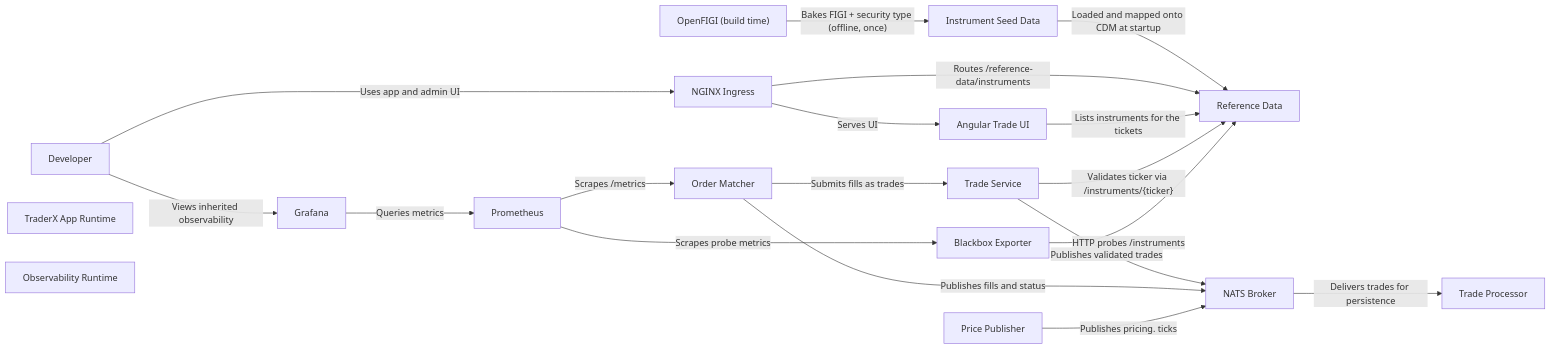
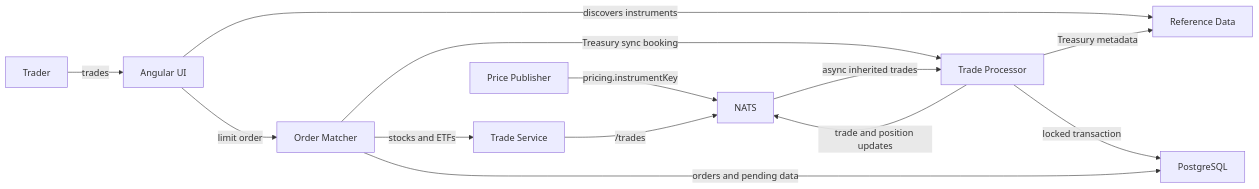
The diagram in docs/learning/software-architecture.md (jduitz/traderX), drawn with Mermaid before and after one commit. The commit also changed other lines of this file and 125 other files, not shown here.

````diff
--- a/docs/learning/software-architecture.md
+++ b/docs/learning/software-architecture.md
@@ -33,36 +33,24 @@
 ```mermaid
 flowchart LR
-  developer["Developer"]
-  openfigi["OpenFIGI (build time)"]
-  app_runtime["TraderX App Runtime"]
-  obs_runtime["Observability Runtime"]
-  ingress["NGINX Ingress"]
-  trade_ui["Angular Trade UI"]
-  reference_data["Reference Data"]
-  instrument_seed["Instrument Seed Data"]
-  trade_service["Trade Service"]
-  order_matcher["Order Matcher"]
-  price_publisher["Price Publisher"]
-  nats["NATS Broker"]
-  trade_processor["Trade Processor"]
-  prometheus["Prometheus"]
-  blackbox["Blackbox Exporter"]
-  grafana["Grafana"]
-  openfigi -->|"Bakes FIGI + security type (offline, once)"| instrument_seed
-  instrument_seed -->|"Loaded and mapped onto CDM at startup"| reference_data
-  developer -->|"Uses app and admin UI"| ingress
-  ingress -->|"Serves UI"| trade_ui
-  ingress -->|"Routes /reference-data/instruments"| reference_data
-  trade_ui -->|"Lists instruments for the tickets"| reference_data
-  trade_service -->|"Validates ticker via /instruments/{ticker}"| reference_data
-  order_matcher -->|"Submits fills as trades"| trade_service
-  trade_service -->|"Publishes validated trades"| nats
-  order_matcher -->|"Publishes fills and status"| nats
-  price_publisher -->|"Publishes pricing.<TICKER> ticks"| nats
-  nats -->|"Delivers trades for persistence"| trade_processor
-  prometheus -->|"Scrapes probe metrics"| blackbox
-  blackbox -->|"HTTP probes /instruments"| reference_data
-  prometheus -->|"Scrapes /metrics"| order_matcher
-  developer -->|"Views inherited observability"| grafana
-  grafana -->|"Queries metrics"| prometheus
+  trader["Trader"]
+  ui["Angular UI"]
+  reference["Reference Data"]
+  pricing["Price Publisher"]
+  matcher["Order Matcher"]
+  tradeService["Trade Service"]
+  processor["Trade Processor"]
+  postgres["PostgreSQL"]
+  nats["NATS"]
+  trader -->|"trades"| ui
+  ui -->|"discovers instruments"| reference
+  pricing -->|"pricing.instrumentKey"| nats
+  ui -->|"limit order"| matcher
+  matcher -->|"stocks and ETFs"| tradeService
+  matcher -->|"Treasury sync booking"| processor
+  tradeService -->|"/trades"| nats
+  nats -->|"async inherited trades"| processor
+  processor -->|"Treasury metadata"| reference
+  processor -->|"locked transaction"| postgres
+  matcher -->|"orders and pending data"| postgres
+  processor -->|"trade and position updates"| nats
 ```
````
